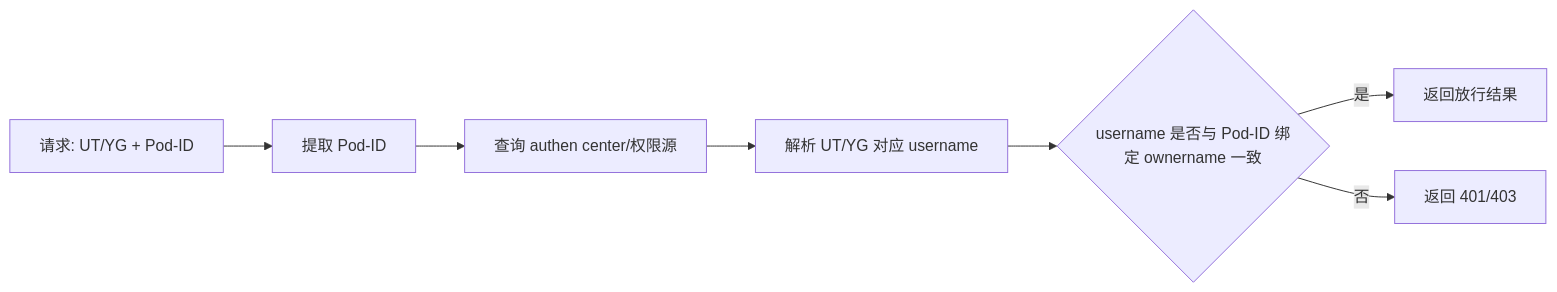
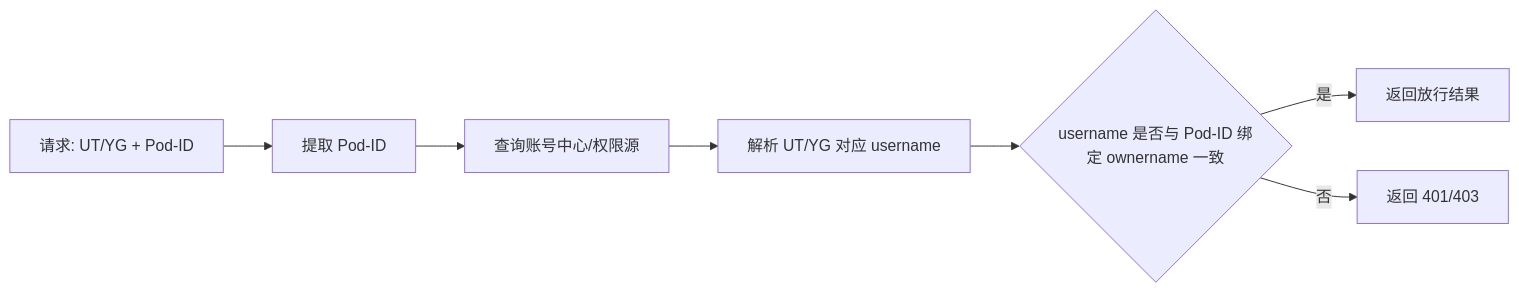
Before and after one commit to GeorgeCao-hw/backlog-test: the second of 3 diagrams in opensourceways/backlog/issue_docs/151/Architecture Desgin/#151 Architecture Design Specification.md, drawn with Mermaid. The commit also changed other lines of this file and 1 other file, not shown here.

````diff
--- a/opensourceways/backlog/issue_docs/151/Architecture Desgin/#151 Architecture Design Specification.md
+++ b/opensourceways/backlog/issue_docs/151/Architecture Desgin/#151 Architecture Design Specification.md
@@ -43,9 +43,9 @@
 ```mermaid
 flowchart LR
     Req[请求: UT/YG + Pod-ID] --> Extract[提取 Pod-ID]
-    Extract --> Query[查询 authen center/权限源]
+    Extract --> Query[查询账号中心/权限源]
     Query --> UserName[解析 UT/YG 对应 username]
     UserName --> Verify{username 是否与 Pod-ID 绑定 ownername 一致}
     Verify -- 是 --> Allow[返回放行结果]
     Verify -- 否 --> Deny[返回 401/403]
 ```
````
